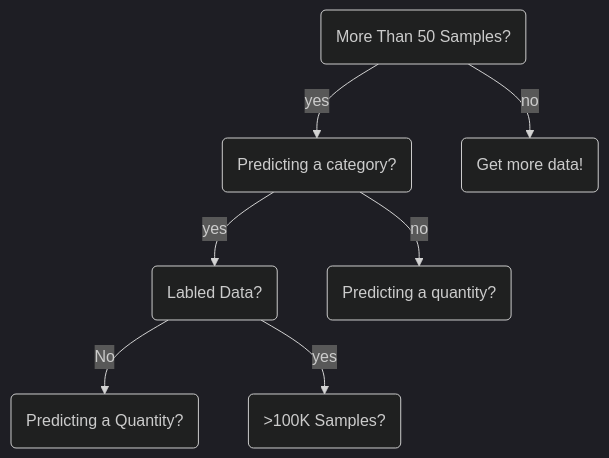
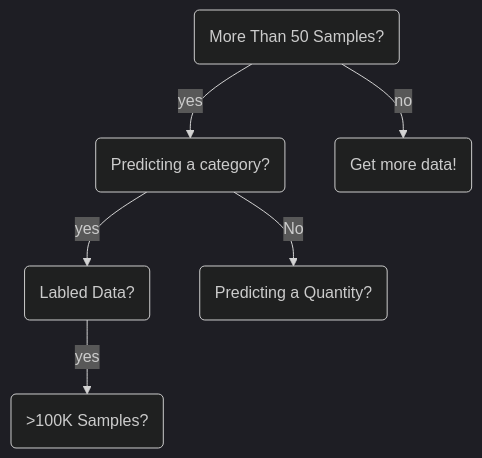
The diagram in ML_Cheatsheet.md (hwetsman/Public_Notes), drawn with Mermaid (dark theme) before and after one commit.

````diff
--- a/ML_Cheatsheet.md
+++ b/ML_Cheatsheet.md
@@ -1,17 +1,15 @@
 ```mermaid
 flowchart TD
 id1(More Than 50 Samples?)
   id2(Predicting a category?)
     id1-->|yes|id2
     id4(Labled Data?)
       id2-->|yes|id4
-    id7(Predicting a Quantity?)
-      id4-->|No|id7
+    id5(Predicting a Quantity?)
+      id2-->|No|id5
   id3(Get more data!)
     id1-->|no|id3
   
-  id5(Predicting a quantity?)
-  id2-->|no|id5
   id6(>100K Samples?)
   id4-->|yes|id6
 ```
````
